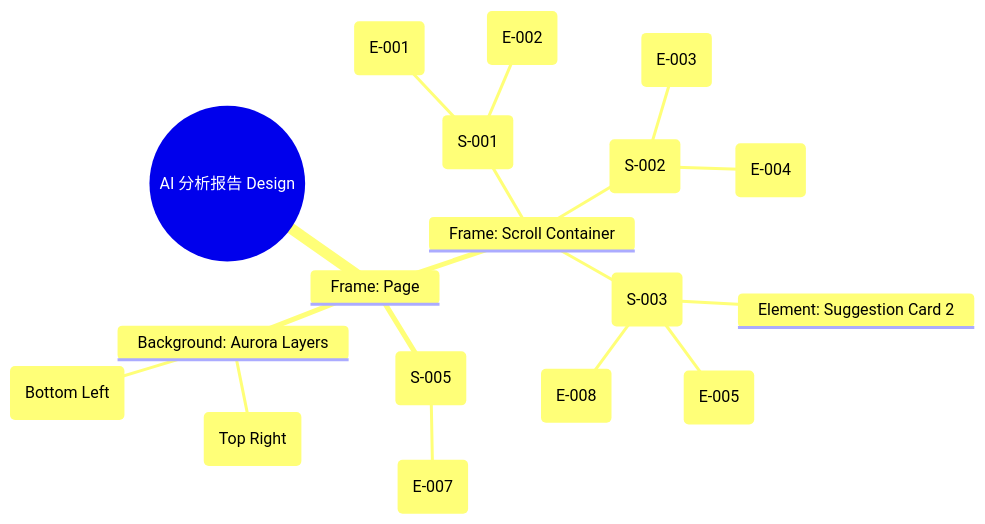
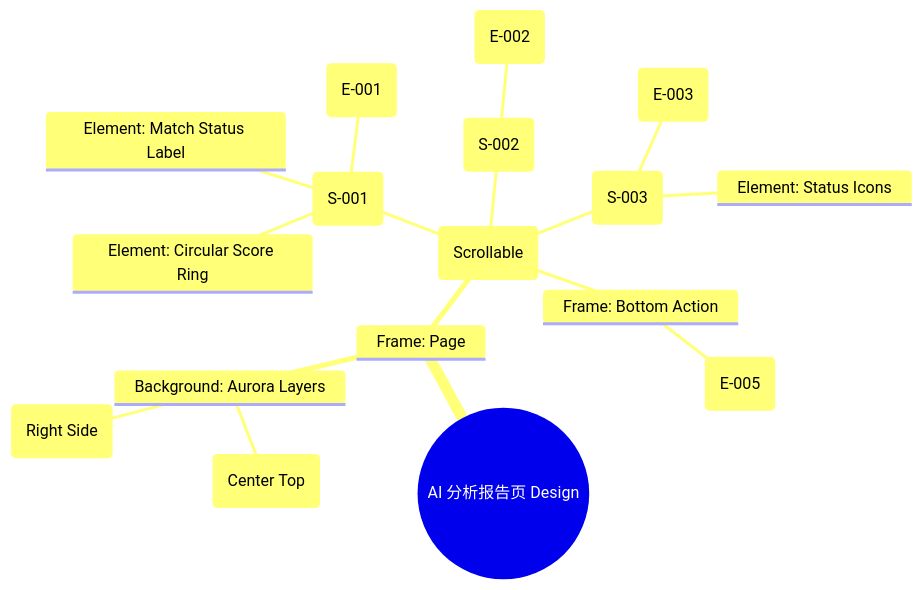
One commit to WangTW98/PM-Document-Skills changed the diagram in product/release/design/050-ai-report.md. Above: the diagram before and after it, drawn with Mermaid. The commit also changed other lines of this file and 14 other files, not shown here.

````diff
--- a/product/release/design/050-ai-report.md
+++ b/product/release/design/050-ai-report.md
@@ -48,21 +46,20 @@
 ```mermaid
 mindmap
-  root((AI 分析报告 Design))
+  root((AI 分析报告页 Design))
     Frame: Page
       Background: Aurora Layers
-        Blob: Cyan Glow (Top Right)
-        Blob: Purple Glow (Bottom Left)
-      Frame: Scroll Container
-        Frame: Score Header (S-001)
-          Element: Score Ring (E-001)
-          Element: Summary Text (E-002)
+        Blob: Purple Glow (Center Top)
+        Blob: Cyan Glow (Right Side)
+      Frame: Content Layer (Scrollable)
+        Frame: Score Section (S-001)
+          Element: Circular Score Ring
+          Element: Numeric Score (E-001)
+          Element: Match Status Label
         Frame: Dimension Section (S-002)
-          Element: Radar Chart (E-003)
-          Element: Advantage Pill Group (E-004)
+          Element: Glass Radar Chart (E-002)
         Frame: Suggestion List (S-003)
-          Element: Suggestion Card 1 (E-005)
-          Element: Suggestion Card 2
-          Element: Bulk Action Button (E-008)
-      Frame: Floating Sticky Footer (S-005)
-        Element: Primary Optimization Button (E-007)
+          Element: Glass Cards (E-003)
+          Element: Status Icons
+        Frame: Bottom Action
+          Element: Go Optimize Button (E-005)
 ```
````
